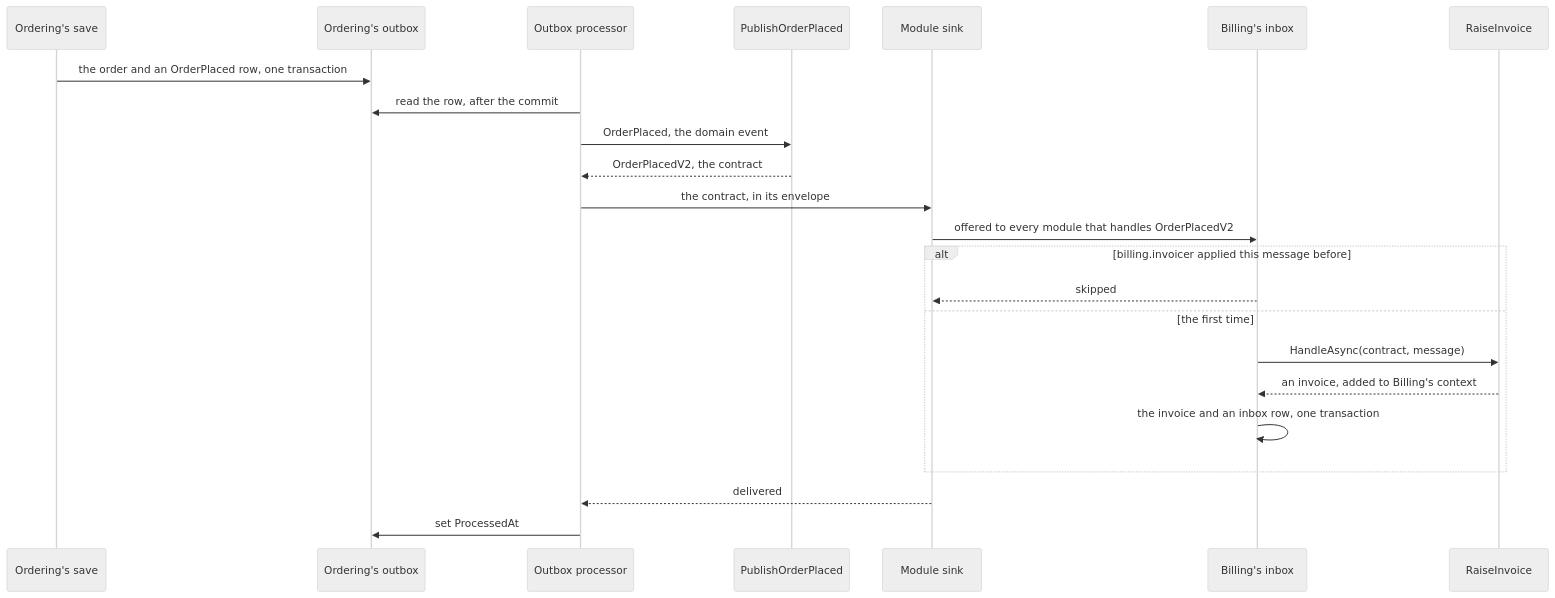
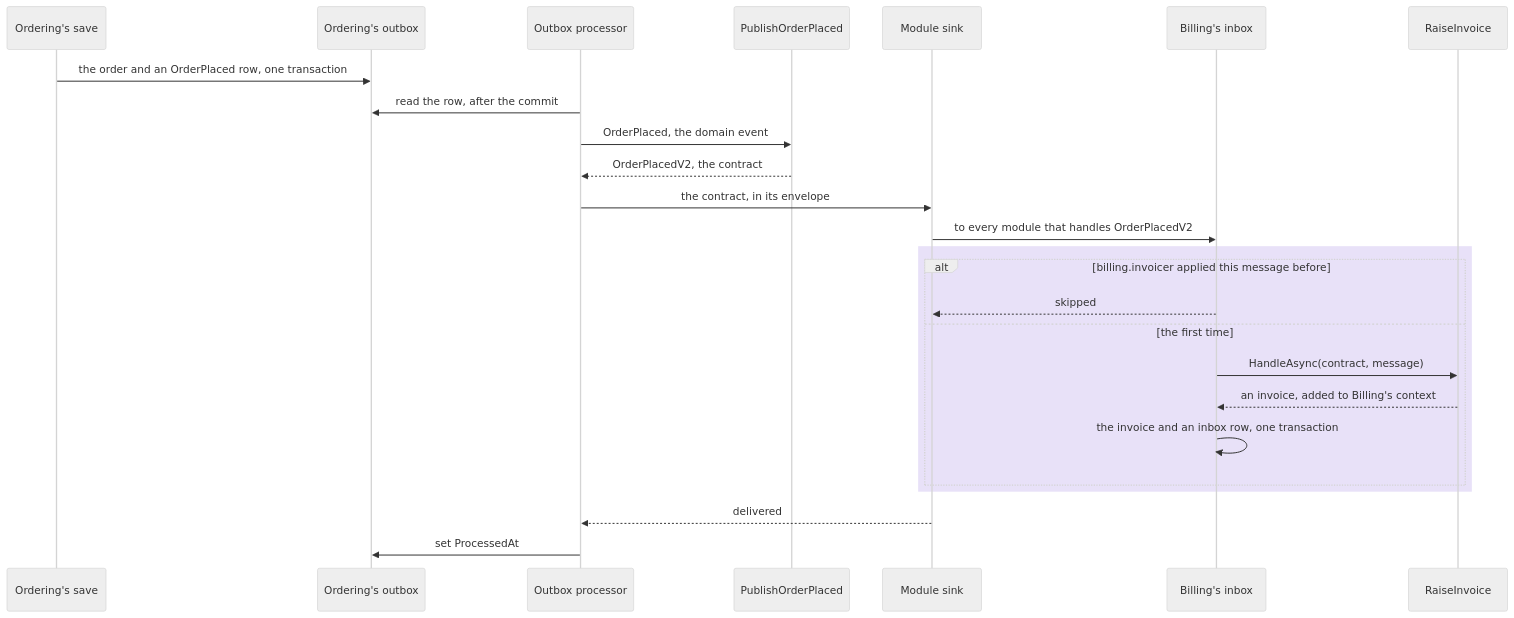
One commit to DylanSnel/DDDToolkit changed the second of 7 diagrams in docs/integration-events.md. Above: the diagram before and after it, drawn with Mermaid (neutral theme). The commit also changed other lines of this file and 41 other files, not shown here.

First line of the commit message:
Docs: plain prose, one word per concept, and readable diagrams on every page

````diff
--- a/docs/integration-events.md
+++ b/docs/integration-events.md
@@ -219,26 +226,28 @@
 ```mermaid
 sequenceDiagram
     participant Save as Ordering's save
     participant Outbox as Ordering's outbox
     participant Processor as Outbox processor
     participant Publish as PublishOrderPlaced
     participant Sink as Module sink
     participant Inbox as Billing's inbox
     participant Handler as RaiseInvoice
 
     Save->>Outbox: the order and an OrderPlaced row, one transaction
     Processor->>Outbox: read the row, after the commit
     Processor->>Publish: OrderPlaced, the domain event
     Publish-->>Processor: OrderPlacedV2, the contract
     Processor->>Sink: the contract, in its envelope
-    Sink->>Inbox: offered to every module that handles OrderPlacedV2
-    alt billing.invoicer applied this message before
-        Inbox-->>Sink: skipped
-    else the first time
-        Inbox->>Handler: HandleAsync(contract, message)
-        Handler-->>Inbox: an invoice, added to Billing's context
-        Inbox->>Inbox: the invoice and an inbox row, one transaction
+    Sink->>Inbox: to every module that handles OrderPlacedV2
+    rect rgba(91, 46, 201, 0.14)
+        alt billing.invoicer applied this message before
+            Inbox-->>Sink: skipped
+        else the first time
+            Inbox->>Handler: HandleAsync(contract, message)
+            Handler-->>Inbox: an invoice, added to Billing's context
+            Inbox->>Inbox: the invoice and an inbox row, one transaction
+        end
     end
     Sink-->>Processor: delivered
     Processor->>Outbox: set ProcessedAt
 ```
````
